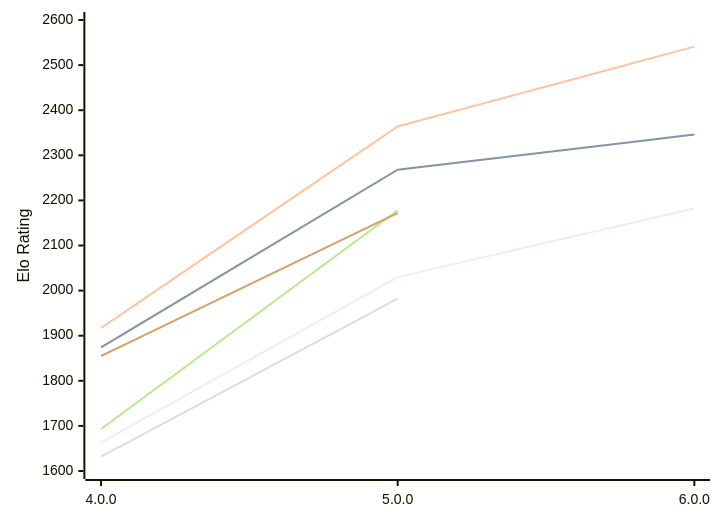
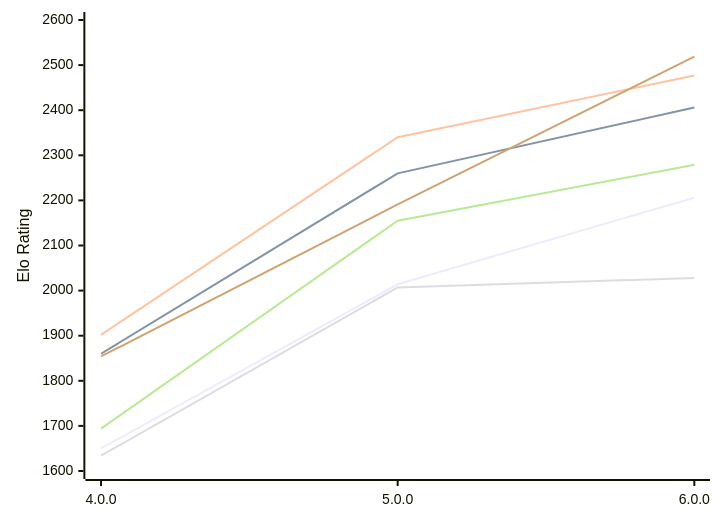
Before and after one commit to computer-chess-index/cci: the first of 2 diagrams in engines/Laura.md, drawn with Mermaid. The commit also changed other lines of this file, not shown here.

Commit message:
Update CCI Ratings (ELO VLTC) - 2026-11-15

````diff
--- a/engines/Laura.md
+++ b/engines/Laura.md
@@ -53,12 +54,12 @@
 ```mermaid
 %%{init: {"theme":"base","themeVariables":{"seriesColors:['#a3a3a3','#222221','#faa371']}}}%%
 xychart-beta
   x-axis ["4.0.0", "5.0.0", "6.0.0"]
   y-axis "Elo Rating" 1600 --> 2600
-  line "E1: STC (8.0+0.08s)" [1663, 2030, 2182]
-  line "E1: LTC (60.0+0.60s)" [1874, 2268, 2346]
-  line "E1: VLTC (2m24s+1.12s)" [1917, 2364, 2541]
-  line "P1: STC (8.0+0.08s)" [1632, 1982]
-  line "P1: LTC (60.0+0.60s)" [1693, 2178]
-  line "P1: VLTC (2m24s+1.12s)" [1855, 2172]
+  line "E1: STC (8.0+0.08s)" [1650, 2014, 2206]
+  line "E1: LTC (60.0+0.60s)" [1860, 2260, 2406]
+  line "E1: VLTC (2m24s+1.12s)" [1902, 2340, 2477]
+  line "P1: STC (8.0+0.08s)" [1634, 2007, 2028]
+  line "P1: LTC (60.0+0.60s)" [1694, 2155, 2279]
+  line "P1: VLTC (2m24s+1.12s)" [1854, 2191, 2519]
 ```
````
